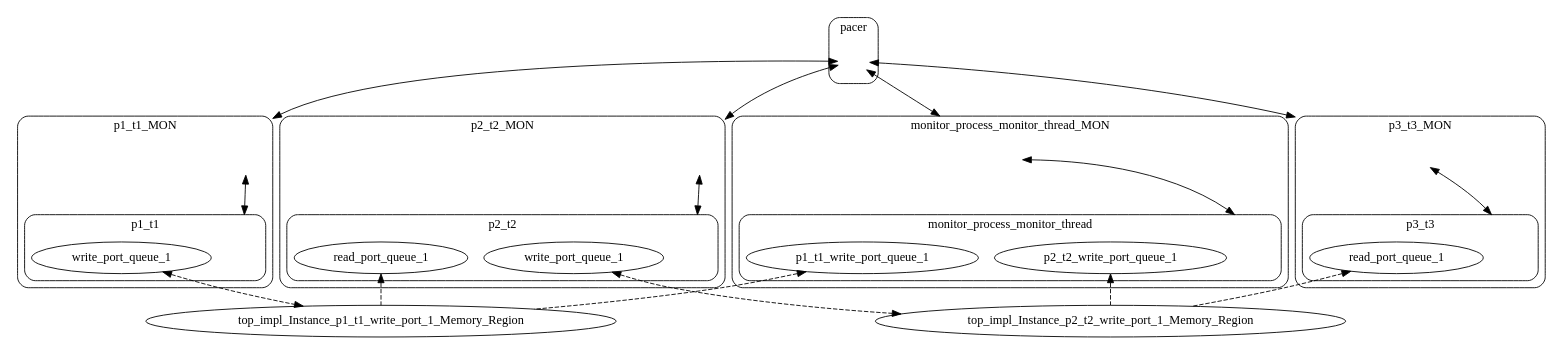
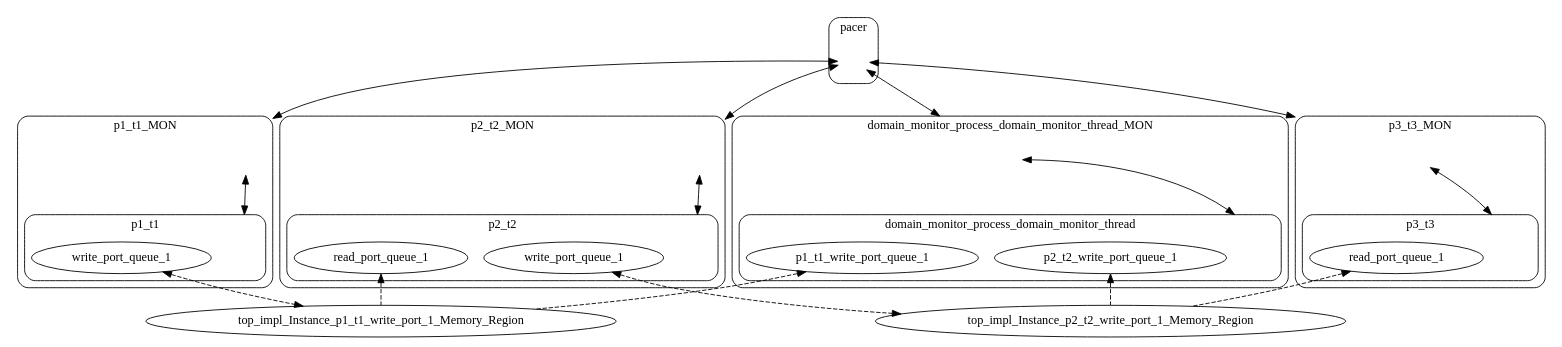
One commit to loonwerks/INSPECTA-models changed the diagram in micro-examples/domain-scheduling-models/three_domain_simple/hamr/microkit/microkit.monitor.dot. Above: the diagram before and after it, drawn with Graphviz. The commit also changed 1186 other files, not shown here.

```diff
--- a/micro-examples/domain-scheduling-models/three_domain_simple/hamr/microkit/microkit.monitor.dot
+++ b/micro-examples/domain-scheduling-models/three_domain_simple/hamr/microkit/microkit.monitor.dot
@@ -1,94 +1,94 @@
 digraph microkit {
   compound=true;
 
   // Do not edit this file as it will be overwritten if HAMR codegen is rerun
 
   // protection domains
   graph [style=rounded]
   subgraph cluster_p1_t1_MON {
     label = "p1_t1_MON";
     p1_t1_MON_INVIS [label="", style=invis, width=.5, height=.5, fixedsize=true]
 
     graph [style=rounded]
     subgraph cluster_p1_t1 {
       label = "p1_t1";
       p1_t1_INVIS [label="", style=invis, width=.5, height=.5, fixedsize=true]
 
       pd_p1_t1_write_port_queue_1 [label=write_port_queue_1];
     }
   }
 
   graph [style=rounded]
   subgraph cluster_p2_t2_MON {
     label = "p2_t2_MON";
     p2_t2_MON_INVIS [label="", style=invis, width=.5, height=.5, fixedsize=true]
 
     graph [style=rounded]
     subgraph cluster_p2_t2 {
       label = "p2_t2";
       p2_t2_INVIS [label="", style=invis, width=.5, height=.5, fixedsize=true]
 
       pd_p2_t2_read_port_queue_1 [label=read_port_queue_1];
       pd_p2_t2_write_port_queue_1 [label=write_port_queue_1];
     }
   }
 
   graph [style=rounded]
   subgraph cluster_p3_t3_MON {
     label = "p3_t3_MON";
     p3_t3_MON_INVIS [label="", style=invis, width=.5, height=.5, fixedsize=true]
 
     graph [style=rounded]
     subgraph cluster_p3_t3 {
       label = "p3_t3";
       p3_t3_INVIS [label="", style=invis, width=.5, height=.5, fixedsize=true]
 
       pd_p3_t3_read_port_queue_1 [label=read_port_queue_1];
     }
   }
 
   graph [style=rounded]
-  subgraph cluster_monitor_process_monitor_thread_MON {
-    label = "monitor_process_monitor_thread_MON";
-    monitor_process_monitor_thread_MON_INVIS [label="", style=invis, width=.5, height=.5, fixedsize=true]
+  subgraph cluster_domain_monitor_process_domain_monitor_thread_MON {
+    label = "domain_monitor_process_domain_monitor_thread_MON";
+    domain_monitor_process_domain_monitor_thread_MON_INVIS [label="", style=invis, width=.5, height=.5, fixedsize=true]
 
     graph [style=rounded]
-    subgraph cluster_monitor_process_monitor_thread {
-      label = "monitor_process_monitor_thread";
-      monitor_process_monitor_thread_INVIS [label="", style=invis, width=.5, height=.5, fixedsize=true]
+    subgraph cluster_domain_monitor_process_domain_monitor_thread {
+      label = "domain_monitor_process_domain_monitor_thread";
+      domain_monitor_process_domain_monitor_thread_INVIS [label="", style=invis, width=.5, height=.5, fixedsize=true]
 
-      pd_monitor_process_monitor_thread_p1_t1_write_port_queue_1 [label=p1_t1_write_port_queue_1];
-      pd_monitor_process_monitor_thread_p2_t2_write_port_queue_1 [label=p2_t2_write_port_queue_1];
+      pd_domain_monitor_process_domain_monitor_thread_p1_t1_write_port_queue_1 [label=p1_t1_write_port_queue_1];
+      pd_domain_monitor_process_domain_monitor_thread_p2_t2_write_port_queue_1 [label=p2_t2_write_port_queue_1];
     }
   }
 
   graph [style=rounded]
   subgraph cluster_pacer {
     label = "pacer";
     pacer_INVIS [label="", style=invis, width=.5, height=.5, fixedsize=true]
 
   }
 
   // memory regions
   top_impl_Instance_p1_t1_write_port_1_Memory_Region;
 
   top_impl_Instance_p2_t2_write_port_1_Memory_Region;
 
   // channels
   pacer_INVIS -> p1_t1_MON_INVIS [lhead=cluster_p1_t1_MON, minlen=2, dir=both];
   p1_t1_MON_INVIS -> p1_t1_INVIS [lhead=cluster_p1_t1, minlen=2, dir=both];
   pacer_INVIS -> p2_t2_MON_INVIS [lhead=cluster_p2_t2_MON, minlen=2, dir=both];
   p2_t2_MON_INVIS -> p2_t2_INVIS [lhead=cluster_p2_t2, minlen=2, dir=both];
   pacer_INVIS -> p3_t3_MON_INVIS [lhead=cluster_p3_t3_MON, minlen=2, dir=both];
   p3_t3_MON_INVIS -> p3_t3_INVIS [lhead=cluster_p3_t3, minlen=2, dir=both];
-  pacer_INVIS -> monitor_process_monitor_thread_MON_INVIS [lhead=cluster_monitor_process_monitor_thread_MON, minlen=2, dir=both];
-  monitor_process_monitor_thread_MON_INVIS -> monitor_process_monitor_thread_INVIS [lhead=cluster_monitor_process_monitor_thread, minlen=2, dir=both];
+  pacer_INVIS -> domain_monitor_process_domain_monitor_thread_MON_INVIS [lhead=cluster_domain_monitor_process_domain_monitor_thread_MON, minlen=2, dir=both];
+  domain_monitor_process_domain_monitor_thread_MON_INVIS -> domain_monitor_process_domain_monitor_thread_INVIS [lhead=cluster_domain_monitor_process_domain_monitor_thread, minlen=2, dir=both];
 
   // shared memory mappings
   pd_p1_t1_write_port_queue_1 -> top_impl_Instance_p1_t1_write_port_1_Memory_Region [dir=both, style=dashed];
   pd_p2_t2_read_port_queue_1 -> top_impl_Instance_p1_t1_write_port_1_Memory_Region [dir=back, style=dashed];
   pd_p2_t2_write_port_queue_1 -> top_impl_Instance_p2_t2_write_port_1_Memory_Region [dir=both, style=dashed];
   pd_p3_t3_read_port_queue_1 -> top_impl_Instance_p2_t2_write_port_1_Memory_Region [dir=back, style=dashed];
-  pd_monitor_process_monitor_thread_p1_t1_write_port_queue_1 -> top_impl_Instance_p1_t1_write_port_1_Memory_Region [dir=back, style=dashed];
-  pd_monitor_process_monitor_thread_p2_t2_write_port_queue_1 -> top_impl_Instance_p2_t2_write_port_1_Memory_Region [dir=back, style=dashed];
+  pd_domain_monitor_process_domain_monitor_thread_p1_t1_write_port_queue_1 -> top_impl_Instance_p1_t1_write_port_1_Memory_Region [dir=back, style=dashed];
+  pd_domain_monitor_process_domain_monitor_thread_p2_t2_write_port_queue_1 -> top_impl_Instance_p2_t2_write_port_1_Memory_Region [dir=back, style=dashed];
 }
```
